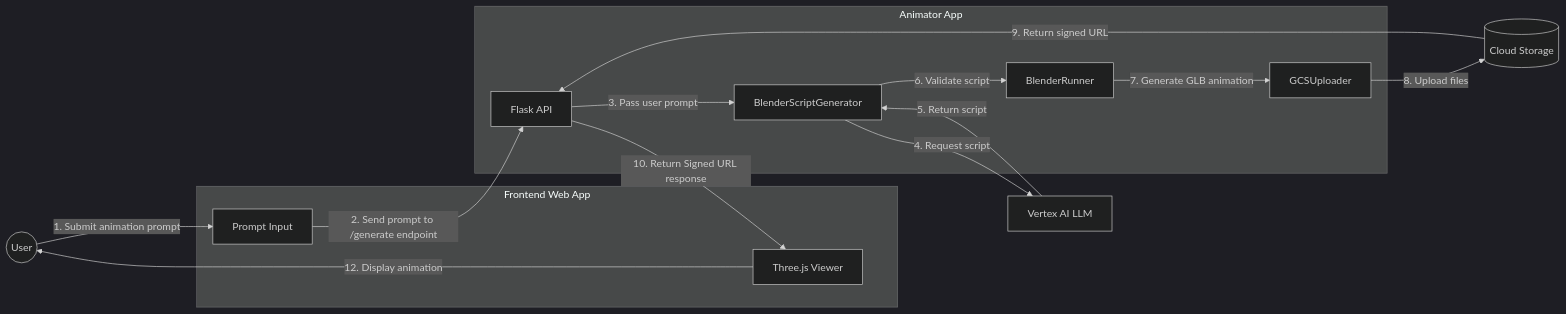
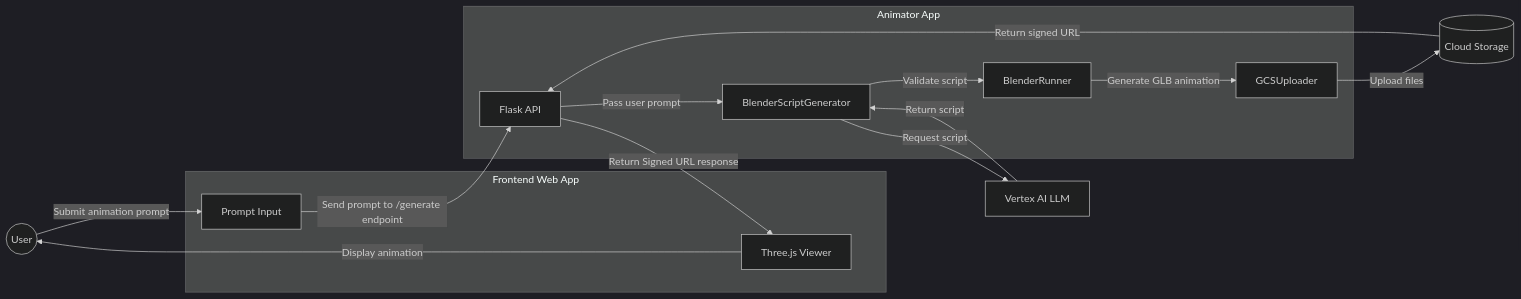
Before and after one commit to gallaglo/gcp-demos-notes-and-tricks: the diagram in run/animation/README.md, drawn with Mermaid (dark theme).

Commit message:
remove the step numbers from the connection labels

````diff
--- a/run/animation/README.md
+++ b/run/animation/README.md
@@ -16,30 +16,30 @@
 ```mermaid
 flowchart LR
     User((User))
     GCS[(Cloud Storage)]
     VertexAI[Vertex AI LLM]
     
     subgraph "Frontend Web App"
         WebUI[Prompt Input]
         ThreeJS[Three.js Viewer]
     end
     
     subgraph "Animator App"
         FlaskAPI[Flask API]
         BlenderScriptGen[BlenderScriptGenerator]
         BlenderRunner[BlenderRunner]
         GCSUploader[GCSUploader]
     end
     
-    User -->|"1. Submit animation prompt"| WebUI
-    WebUI -->|"2. Send prompt to /generate endpoint"| FlaskAPI
-    FlaskAPI -->|"3. Pass user prompt"| BlenderScriptGen
-    BlenderScriptGen -->|"4. Request script"| VertexAI
-    VertexAI -->|"5. Return script"| BlenderScriptGen
-    BlenderScriptGen -->|"6. Validate script"| BlenderRunner
-    BlenderRunner -->|"7. Generate GLB animation"| GCSUploader
-    GCSUploader -->|"8. Upload files"| GCS
-    GCS -->|"9. Return signed URL"| FlaskAPI
-    FlaskAPI -->|"10. Return Signed URL response"| ThreeJS
-    ThreeJS -->|12. Display animation| User
+    User -->|"Submit animation prompt"| WebUI
+    WebUI -->|"Send prompt to /generate endpoint"| FlaskAPI
+    FlaskAPI -->|"Pass user prompt"| BlenderScriptGen
+    BlenderScriptGen -->|"Request script"| VertexAI
+    VertexAI -->|"Return script"| BlenderScriptGen
+    BlenderScriptGen -->|"Validate script"| BlenderRunner
+    BlenderRunner -->|"Generate GLB animation"| GCSUploader
+    GCSUploader -->|"Upload files"| GCS
+    GCS -->|"Return signed URL"| FlaskAPI
+    FlaskAPI -->|"Return Signed URL response"| ThreeJS
+    ThreeJS -->|"Display animation"| User
 ```
````
